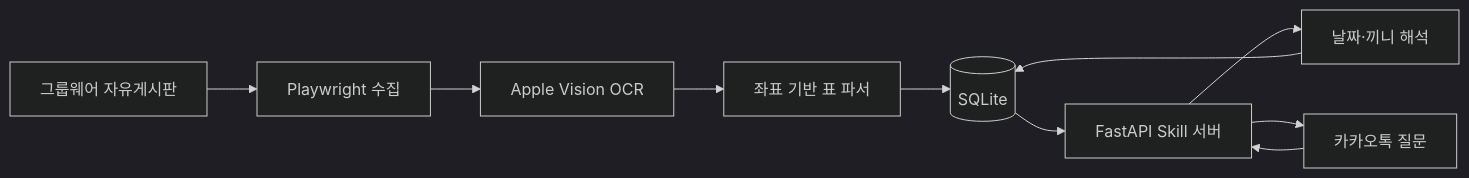
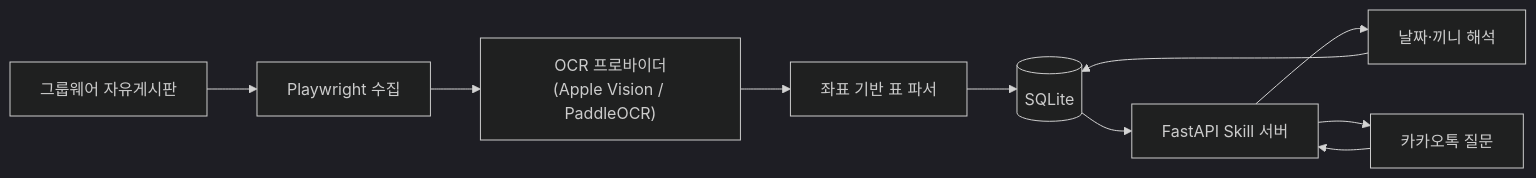
Before and after one commit to hongmin3/cafeteria-menu-kakao-bot: the diagram in README.md, drawn with Mermaid (dark theme). The commit also changed other lines of this file and 17 other files, not shown here.

````diff
--- a/README.md
+++ b/README.md
@@ -71,12 +72,12 @@
 ```mermaid
 flowchart LR
     A["그룹웨어 자유게시판"] --> B["Playwright 수집"]
-    B --> C["Apple Vision OCR"]
+    B --> C["OCR 프로바이더\n(Apple Vision / PaddleOCR)"]
     C --> D["좌표 기반 표 파서"]
     D --> E[("SQLite")]
     F["카카오톡 질문"] --> G["FastAPI Skill 서버"]
     G --> H["날짜·끼니 해석"]
     H --> E
     E --> G
     G --> F
 ```
````
